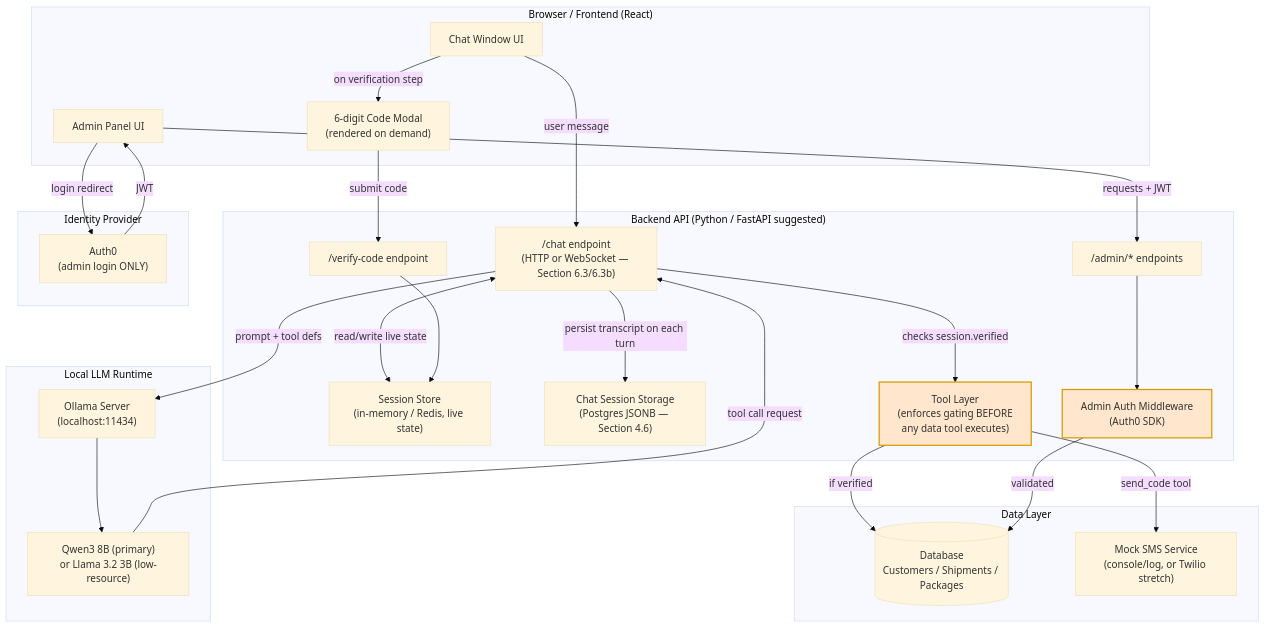
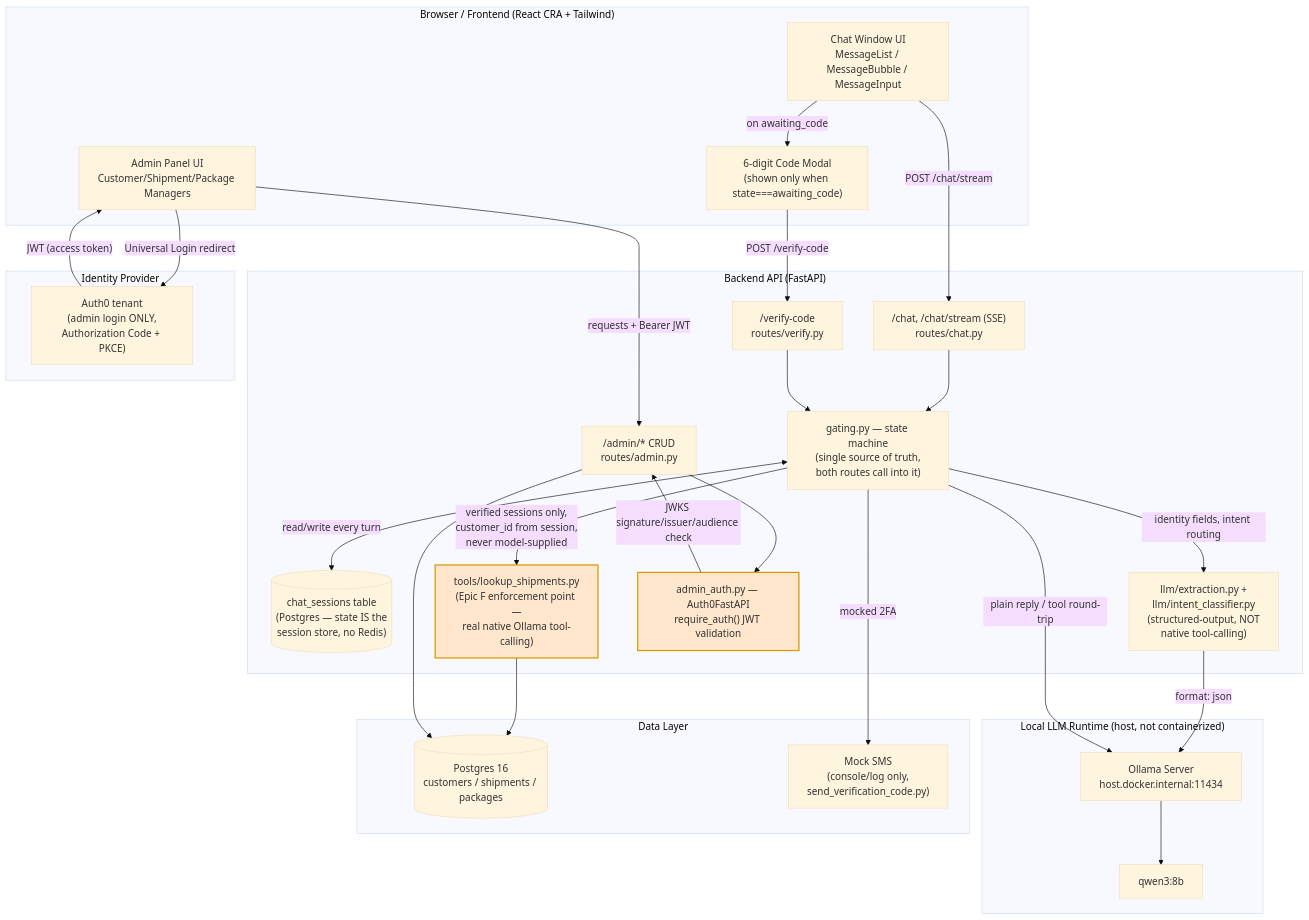
Before and after one commit to VanQube/AI-Fluency: the diagram in docs/diagrams/01-high-level-architecture.md, drawn with Mermaid (base theme). The commit also changed other lines of this file and 18 other files, not shown here.

First line of the commit message:
feat: Week 5 hardening, docs, admin session viewer, codegen skill (Phase 5)

````diff
--- a/docs/diagrams/01-high-level-architecture.md
+++ b/docs/diagrams/01-high-level-architecture.md
@@ -7,55 +14,57 @@
 ```mermaid
 flowchart TB
-    subgraph Client["Browser / Frontend (React)"]
-        UI[Chat Window UI]
-        Modal["6-digit Code Modal<br/>(rendered on demand)"]
-        AdminUI[Admin Panel UI]
+    subgraph Client["Browser / Frontend (React CRA + Tailwind)"]
+        UI[Chat Window UI<br/>MessageList / MessageBubble / MessageInput]
+        Modal["6-digit Code Modal<br/>(shown only when state===awaiting_code)"]
+        AdminUI["Admin Panel UI<br/>Customer/Shipment/Package Managers"]
     end
 
-    subgraph Backend["Backend API (Python / FastAPI suggested)"]
-        ChatAPI["/chat endpoint<br/>(HTTP or WebSocket — Section 6.3/6.3b)"]
-        VerifyAPI["/verify-code endpoint"]
-        AdminAPI["/admin/* endpoints"]
-        SessionStore["Session Store<br/>(in-memory / Redis, live state)"]
-        ChatDB["Chat Session Storage<br/>(Postgres JSONB — Section 4.6)"]
-        ToolLayer["Tool Layer<br/>(enforces gating BEFORE<br/>any data tool executes)"]
-        AuthMW["Admin Auth Middleware<br/>(Auth0 SDK)"]
+    subgraph Backend["Backend API (FastAPI)"]
+        ChatAPI["/chat, /chat/stream (SSE)<br/>routes/chat.py"]
+        VerifyAPI["/verify-code<br/>routes/verify.py"]
+        AdminAPI["/admin/* CRUD<br/>routes/admin.py"]
+        Gating["gating.py — state machine\n(single source of truth,\nboth routes call into it)"]
+        ChatDB[("chat_sessions table\n(Postgres — state IS the\nsession store, no Redis)")]
+        Extraction["llm/extraction.py +\nllm/intent_classifier.py\n(structured-output, NOT\nnative tool-calling)"]
+        LookupTool["tools/lookup_shipments.py\n(Epic F enforcement point —\nreal native Ollama tool-calling)"]
+        AuthMW["admin_auth.py — Auth0FastAPI\nrequire_auth() JWT validation"]
     end
 
-    subgraph LocalLLM["Local LLM Runtime"]
-        Ollama["Ollama Server<br/>(localhost:11434)"]
-        Model["Qwen3 8B (primary)<br/>or Llama 3.2 3B (low-resource)"]
+    subgraph LocalLLM["Local LLM Runtime (host, not containerized)"]
+        Ollama["Ollama Server<br/>host.docker.internal:11434"]
+        Model["qwen3:8b"]
     end
 
     subgraph DataLayer["Data Layer"]
-        DB[("Database<br/>Customers / Shipments / Packages")]
-        SMSMock["Mock SMS Service<br/>(console/log, or Twilio stretch)"]
+        DB[("Postgres 16<br/>customers / shipments / packages")]
+        SMSMock["Mock SMS<br/>(console/log only,\nsend_verification_code.py)"]
     end
 
     subgraph IdP["Identity Provider"]
-        Auth0["Auth0<br/>(admin login ONLY)"]
+        Auth0["Auth0 tenant<br/>(admin login ONLY,\nAuthorization Code + PKCE)"]
     end
 
-    UI -->|"user message"| ChatAPI
-    ChatAPI -->|"prompt + tool defs"| Ollama
+    UI -->|"POST /chat/stream"| ChatAPI
+    ChatAPI --> Gating
+    Gating <-->|"read/write every turn"| ChatDB
+    Gating -->|"identity fields, intent routing"| Extraction
+    Extraction -->|"format: json"| Ollama
+    Gating -->|"verified sessions only,\ncustomer_id from session,\nnever model-supplied"| LookupTool
+    LookupTool --> DB
+    Gating -->|"plain reply / tool round-trip"| Ollama
     Ollama --> Model
-    Model -->|"tool call request"| ChatAPI
-    ChatAPI -->|"checks session.verified"| ToolLayer
-    ToolLayer -->|"if verified"| DB
-    ToolLayer -->|"send_code tool"| SMSMock
-    ChatAPI <-->|"read/write live state"| SessionStore
-    ChatAPI -->|"persist transcript on each turn"| ChatDB
-    UI -->|"on verification step"| Modal
-    Modal -->|"submit code"| VerifyAPI
-    VerifyAPI --> SessionStore
+    Gating -->|"mocked 2FA"| SMSMock
+    UI -->|"on awaiting_code"| Modal
+    Modal -->|"POST /verify-code"| VerifyAPI
+    VerifyAPI --> Gating
 
-    AdminUI -->|"login redirect"| Auth0
-    Auth0 -->|"JWT"| AdminUI
+    AdminUI -->|"Universal Login redirect"| Auth0
+    Auth0 -->|"JWT (access token)"| AdminUI
+    AdminUI -->|"requests + Bearer JWT"| AdminAPI
+    AdminAPI --> AuthMW
+    AuthMW -->|"JWKS signature/issuer/audience check"| AdminAPI
+    AdminAPI --> DB
 
-    AdminUI -->|"requests + JWT"| AdminAPI
-    AdminAPI --> AuthMW
-    AuthMW -->|"validated"| DB
-
-    style ToolLayer fill:#ffe6cc,stroke:#d79b00,stroke-width:2px
+    style LookupTool fill:#ffe6cc,stroke:#d79b00,stroke-width:2px
     style AuthMW fill:#ffe6cc,stroke:#d79b00,stroke-width:2px
 ```
````
